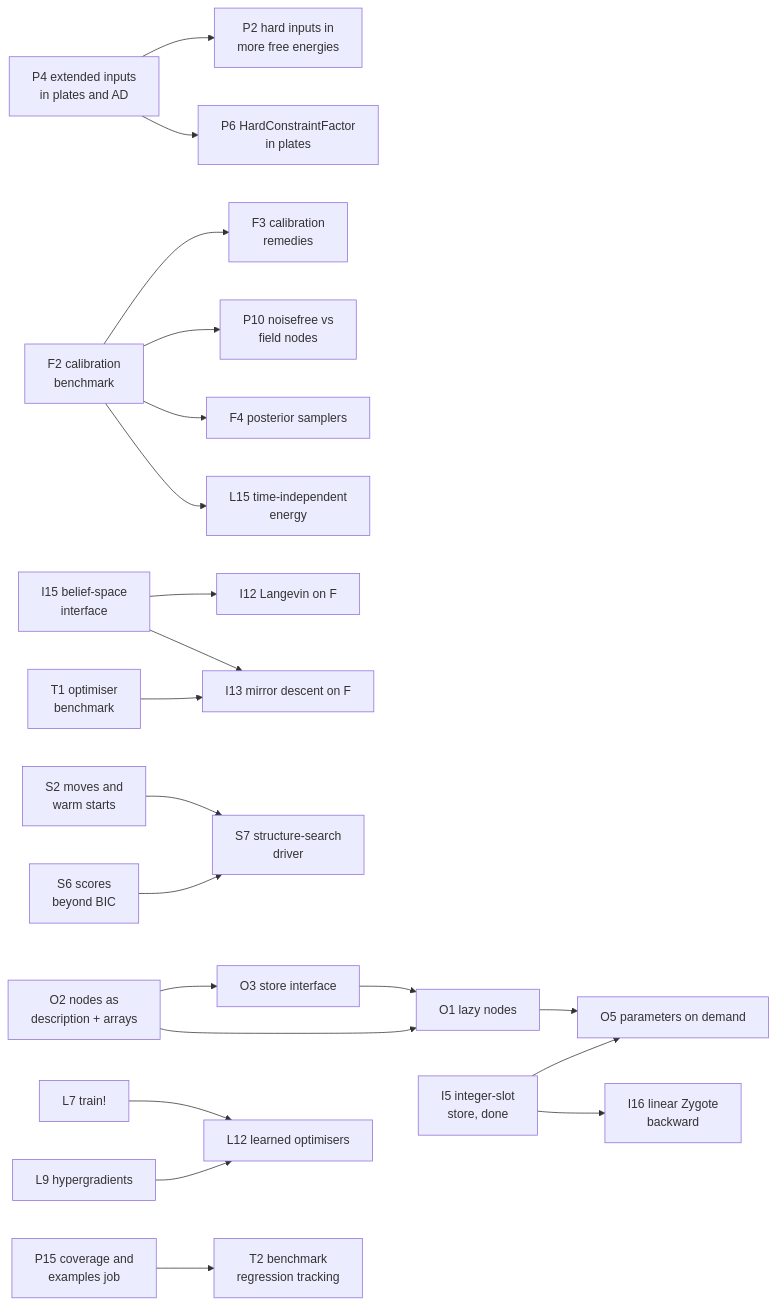
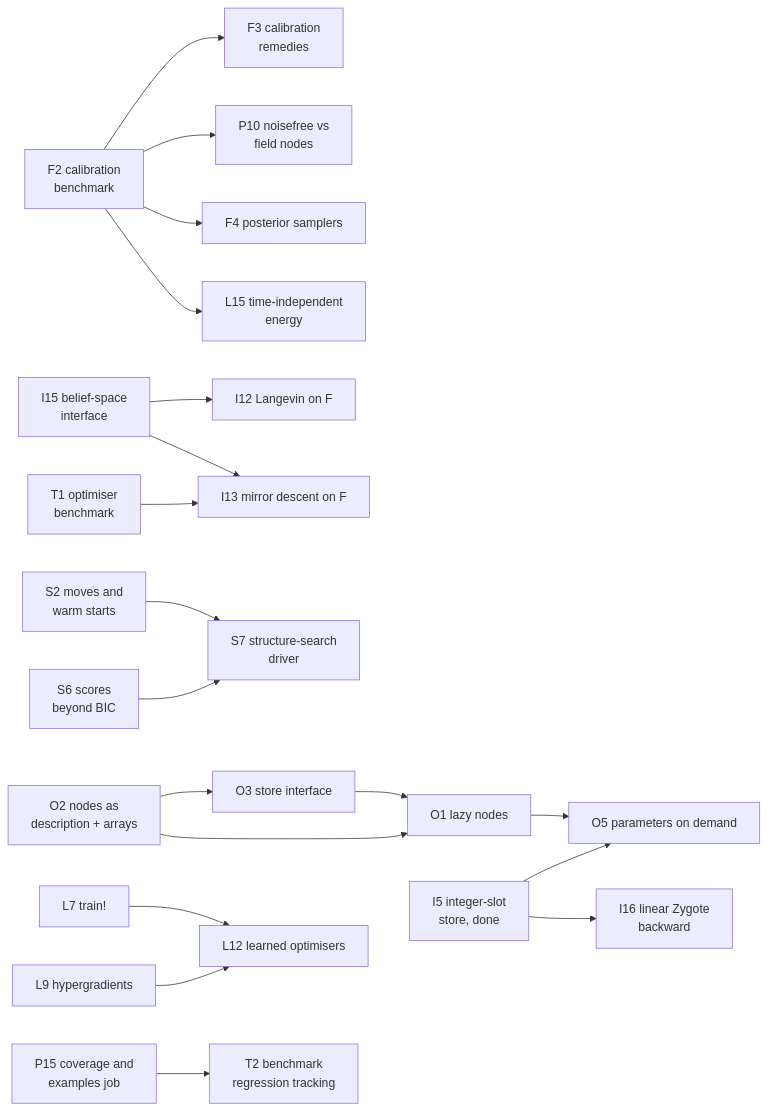
Before and after one commit to MathStruct/Lenticulum.jl: the diagram in vault/Project/Feature Backlog.md, drawn with Mermaid. The commit also changed other lines of this file and 19 other files, not shown here.

First line of the commit message:
P4 (AD half): ForwardDiff and Zygote through extended Gaussians and hard relations

````diff
--- a/vault/Project/Feature Backlog.md
+++ b/vault/Project/Feature Backlog.md
@@ -25,23 +25,21 @@
 ```mermaid
 graph LR
-  P4[P4 extended inputs<br/>in plates and AD] --> P2[P2 hard inputs in<br/>more free energies]
-  P4 --> P6[P6 HardConstraintFactor<br/>in plates]
   F2[F2 calibration<br/>benchmark] --> F3[F3 calibration<br/>remedies]
   F2 --> P10[P10 noisefree vs<br/>field nodes]
   F2 --> F4[F4 posterior samplers]
   F2 --> L15[L15 time-independent<br/>energy]
   I15[I15 belief-space<br/>interface] --> I12[I12 Langevin on F]
   I15 --> I13[I13 mirror descent on F]
   T1[T1 optimiser<br/>benchmark] --> I13
   O2[O2 nodes as<br/>description + arrays] --> O3[O3 store interface]
   O2 --> O1[O1 lazy nodes]
   O3 --> O1
   O1 --> O5[O5 parameters on demand]
   I5[I5 integer-slot<br/>store, done] --> O5
   I5 --> I16[I16 linear Zygote<br/>backward]
   S2[S2 moves and<br/>warm starts] --> S7[S7 structure-search<br/>driver]
   S6[S6 scores<br/>beyond BIC] --> S7
   L7[L7 train!] --> L12[L12 learned optimisers]
   L9[L9 hypergradients] --> L12
   P15[P15 coverage and<br/>examples job] --> T2[T2 benchmark<br/>regression tracking]
 ```
````
